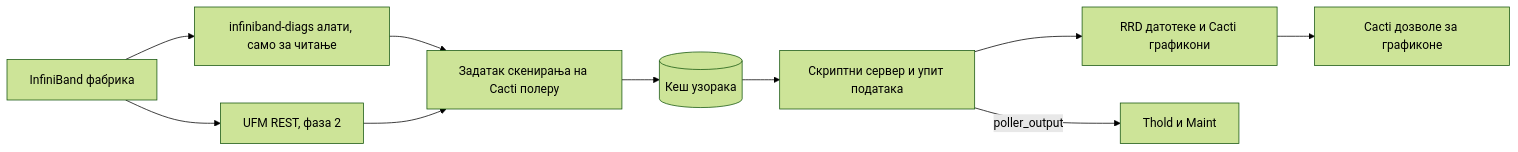
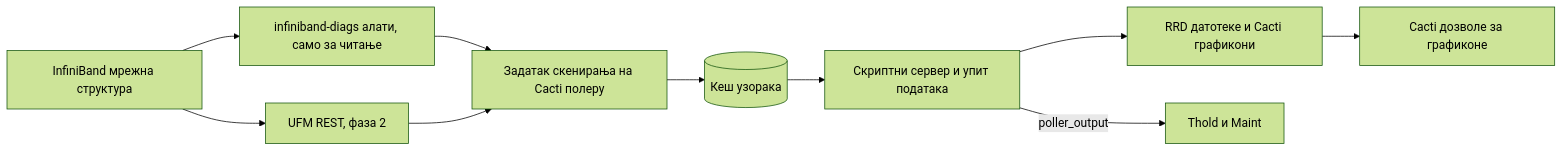
One commit to somethingwithproof/plugin_fabric changed the diagram in docs/i18n/sr-RS/README.md. Above: the diagram before and after it, drawn with Mermaid (forest theme). The commit also changed other lines of this file and 5 other files, not shown here.

````diff
--- a/docs/i18n/sr-RS/README.md
+++ b/docs/i18n/sr-RS/README.md
@@ -92,12 +92,12 @@
 ```mermaid
 flowchart LR
-    F[InfiniBand фабрика] --> T[infiniband-diags алати, само за читање]
+    F[InfiniBand мрежна структура] --> T[infiniband-diags алати, само за читање]
     F --> U[UFM REST, фаза 2]
     T --> S[Задатак скенирања на Cacti полеру]
     U --> S
     S --> C[(Кеш узорака)]
     C --> SS[Скриптни сервер и упит података]
     SS --> R[RRD датотеке и Cacti графикони]
     SS -->|poller_output| TH[Thold и Maint]
     R --> P[Cacti дозволе за графиконе]
 ```
````
